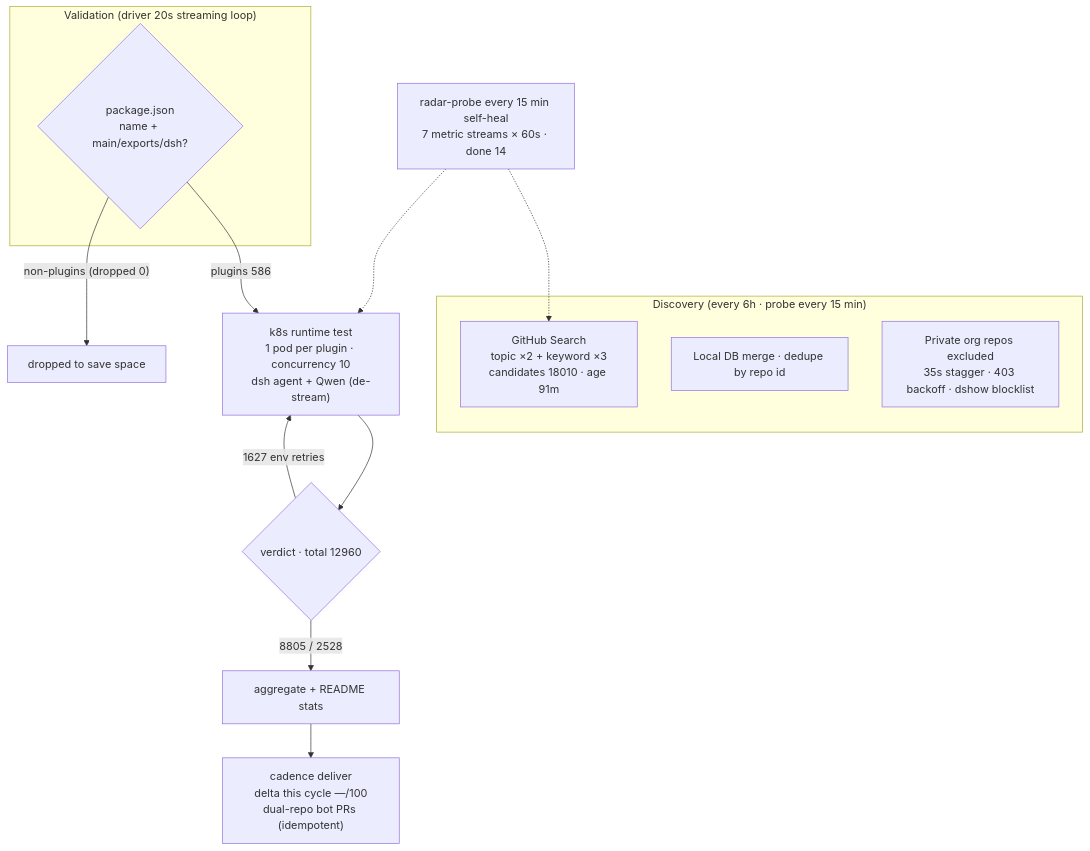
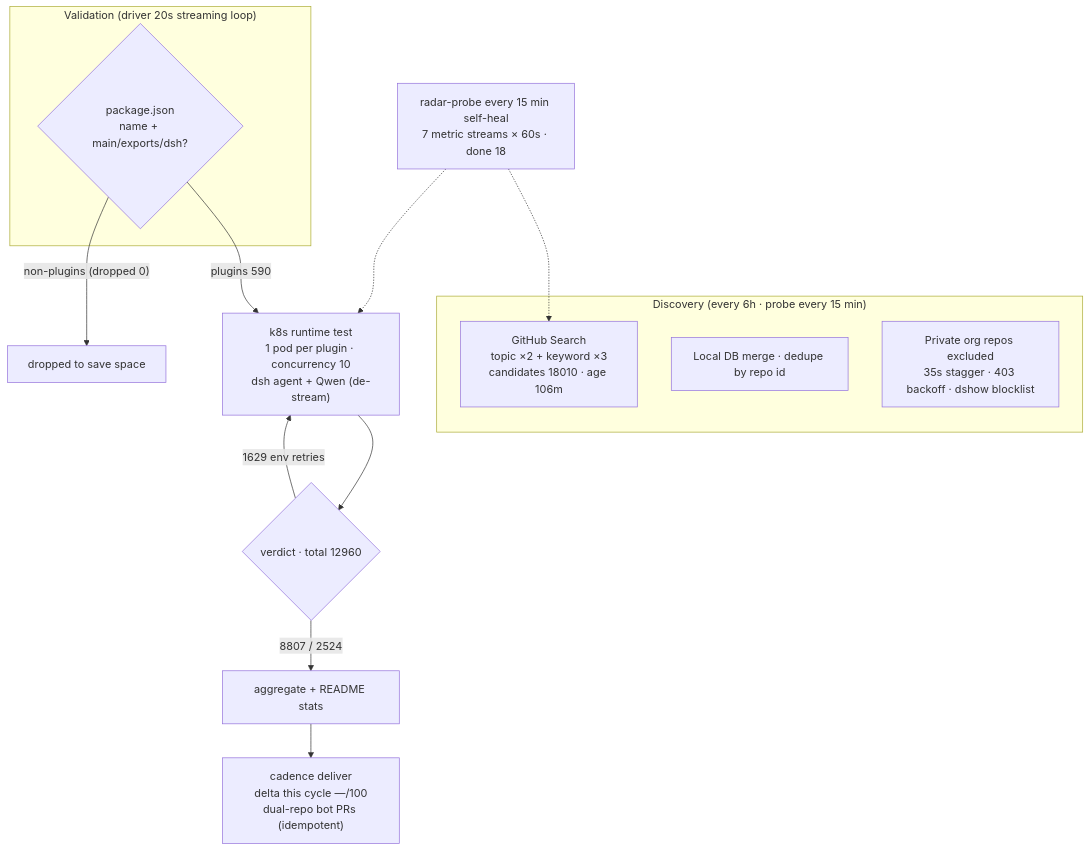
The diagram in README.en-US.md (AdamPlatin123/awesome-dsh-plugins), drawn with Mermaid before and after one commit. The commit also changed other lines of this file and 5 other files, not shown here.

````diff
--- a/README.en-US.md
+++ b/README.en-US.md
@@ -45,20 +45,20 @@
 ```mermaid
 flowchart TB
     subgraph Discovery["Discovery (every 6h · probe every 15 min)"]
-        A1["GitHub Search<br/>topic ×2 + keyword ×3<br/>candidates 18010 · age 91m"]
+        A1["GitHub Search<br/>topic ×2 + keyword ×3<br/>candidates 18010 · age 106m"]
         A2["Local DB merge · dedupe by repo id"]
         A3["Private org repos excluded<br/>35s stagger · 403 backoff · dshow blocklist"]
     end
     subgraph Validation["Validation (driver 20s streaming loop)"]
         B1{"package.json<br/>name + main/exports/dsh?"}
     end
-    B1 -->|"plugins 586"| C1["k8s runtime test<br/>1 pod per plugin · concurrency 10<br/>dsh agent + Qwen (de-stream)"]
+    B1 -->|"plugins 590"| C1["k8s runtime test<br/>1 pod per plugin · concurrency 10<br/>dsh agent + Qwen (de-stream)"]
     B1 -->|"non-plugins (dropped 0)"| B3["dropped to save space"]
     C1 --> D1{"verdict · total 12960"}
-    D1 -->|"8805 / 2528"| E1["aggregate + README stats"]
-    D1 -->|"1627 env retries"| C1
+    D1 -->|"8807 / 2524"| E1["aggregate + README stats"]
+    D1 -->|"1629 env retries"| C1
     E1 --> E2["cadence deliver<br/>delta this cycle —/100<br/>dual-repo bot PRs (idempotent)"]
-    M["radar-probe every 15 min self-heal<br/>7 metric streams × 60s · done 14"]
+    M["radar-probe every 15 min self-heal<br/>7 metric streams × 60s · done 18"]
     M -.-> A1
     M -.-> C1
 ```
````
